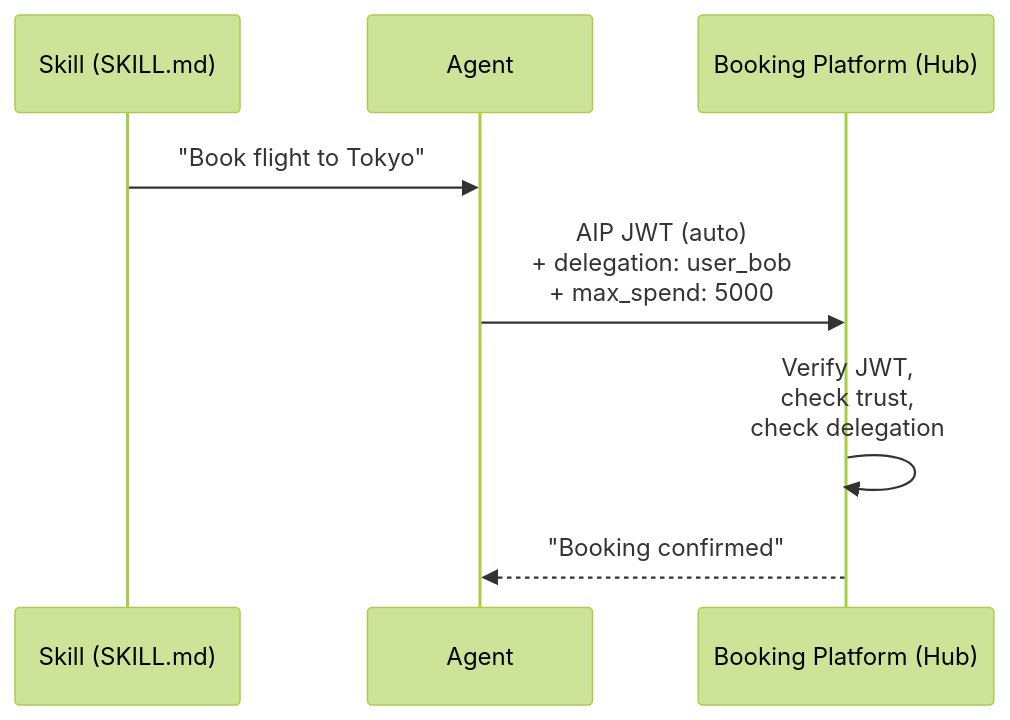
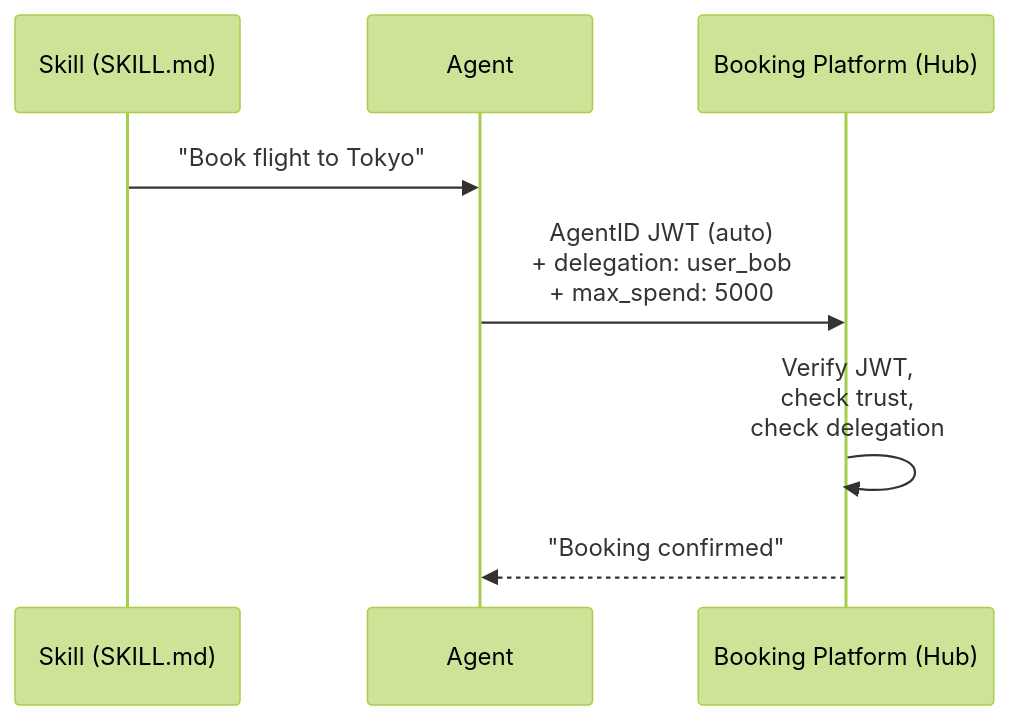
One commit to agentscope-ai/agent-identity changed diagram 14 of 14 in design/2026-03-25-agentid.en.md. Above: the diagram before and after it, drawn with Mermaid (forest theme). The commit also changed other lines of this file and 10 other files, not shown here.

````diff
--- a/design/2026-03-25-agentid.en.md
+++ b/design/2026-03-25-agentid.en.md
@@ -1643,11 +1643,11 @@
 ```mermaid
 sequenceDiagram
     participant Skill as Skill (SKILL.md)
     participant Agent
     participant Hub as Booking Platform (Hub)
 
     Skill->>Agent: "Book flight to Tokyo"
-    Agent->>Hub: AIP JWT (auto)<br/>+ delegation: user_bob<br/>+ max_spend: 5000
+    Agent->>Hub: AgentID JWT (auto)<br/>+ delegation: user_bob<br/>+ max_spend: 5000
     Hub->>Hub: Verify JWT,<br/>check trust,<br/>check delegation
     Hub-->>Agent: "Booking confirmed"
 ```
````
